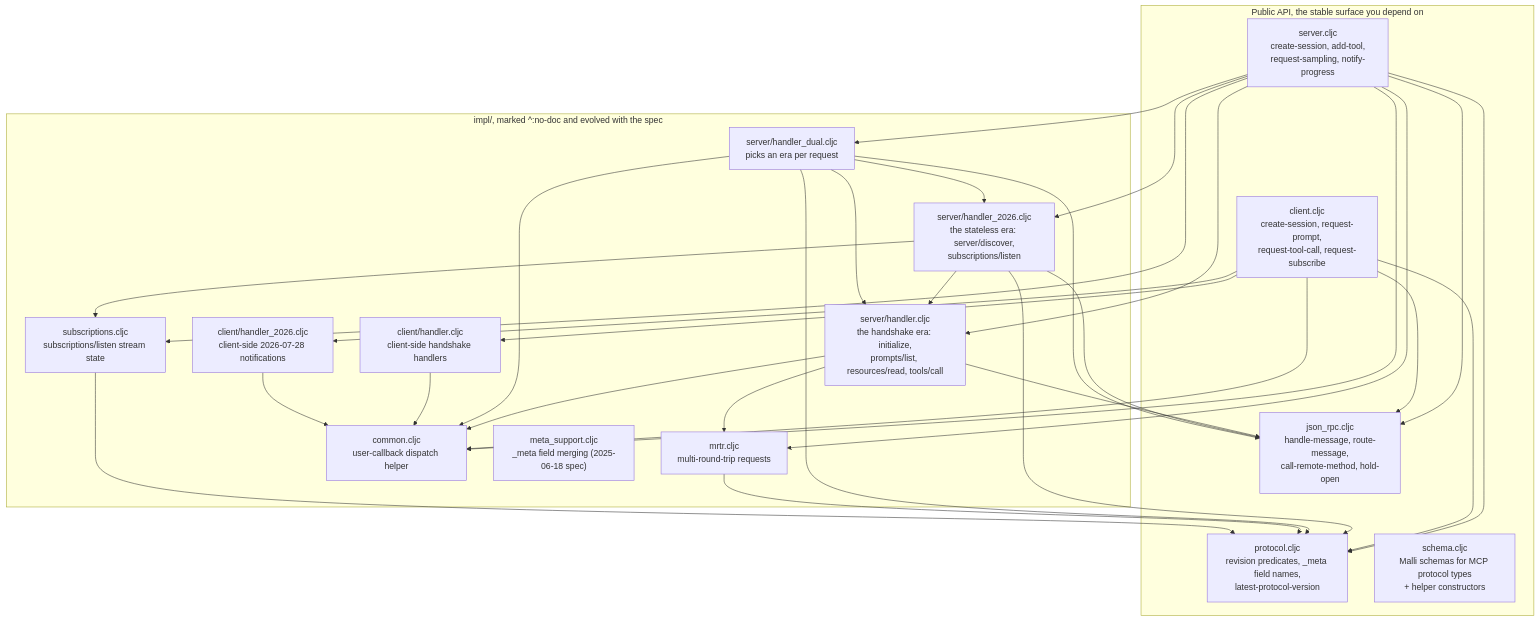
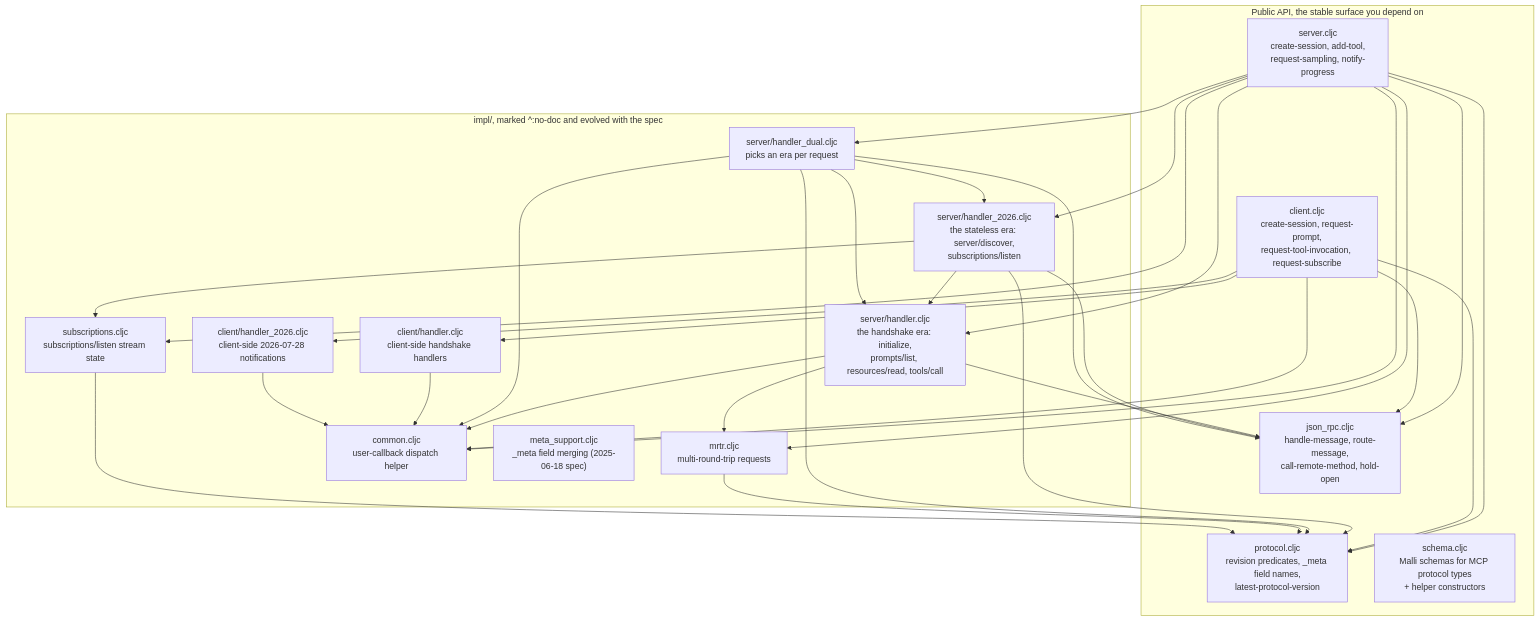
The first of 2 diagrams in docs/guide/architecture.md (b12n-oss/mcp-tkx), drawn with Mermaid before and after one commit. The commit also changed other lines of this file and 6 other files, not shown here.

````diff
--- a/docs/guide/architecture.md
+++ b/docs/guide/architecture.md
@@ -10,52 +10,52 @@
 ```mermaid
 flowchart TD
   subgraph pub["Public API, the stable surface you depend on"]
     server["server.cljc<br/>create-session, add-tool,<br/>request-sampling, notify-progress"]
-    client["client.cljc<br/>create-session, request-prompt,<br/>request-tool-call, request-subscribe"]
+    client["client.cljc<br/>create-session, request-prompt,<br/>request-tool-invocation, request-subscribe"]
     jsonrpc["json_rpc.cljc<br/>handle-message, route-message,<br/>call-remote-method, hold-open"]
     protocol["protocol.cljc<br/>revision predicates, _meta field names,<br/>latest-protocol-version"]
     schema["schema.cljc<br/>Malli schemas for MCP protocol types<br/>+ helper constructors"]
   end
 
   subgraph impl["impl/, marked ^:no-doc and evolved with the spec"]
     shandler["server/handler.cljc<br/>the handshake era: initialize,<br/>prompts/list, resources/read, tools/call"]
     shandler26["server/handler_2026.cljc<br/>the stateless era: server/discover,<br/>subscriptions/listen"]
     shandlerd["server/handler_dual.cljc<br/>picks an era per request"]
     chandler["client/handler.cljc<br/>client-side handshake handlers"]
     chandler26["client/handler_2026.cljc<br/>client-side 2026-07-28 notifications"]
     mrtr["mrtr.cljc<br/>multi-round-trip requests"]
     subs["subscriptions.cljc<br/>subscriptions/listen stream state"]
     common["common.cljc<br/>user-callback dispatch helper"]
     meta["meta_support.cljc<br/>_meta field merging (2025-06-18 spec)"]
   end
 
   server --> shandler
   server --> shandler26
   server --> shandlerd
   server --> mrtr
   server --> subs
   server --> jsonrpc
   server --> protocol
   server --> common
   client --> chandler
   client --> chandler26
   client --> jsonrpc
   client --> protocol
   client --> common
   shandler --> jsonrpc
   shandler --> mrtr
   shandler --> common
   shandler26 --> shandler
   shandler26 --> subs
   shandler26 --> jsonrpc
   shandler26 --> protocol
   shandlerd --> shandler
   shandlerd --> shandler26
   shandlerd --> jsonrpc
   shandlerd --> protocol
   shandlerd --> common
   chandler --> common
   chandler26 --> common
   mrtr --> protocol
   subs --> protocol
 ```
````
